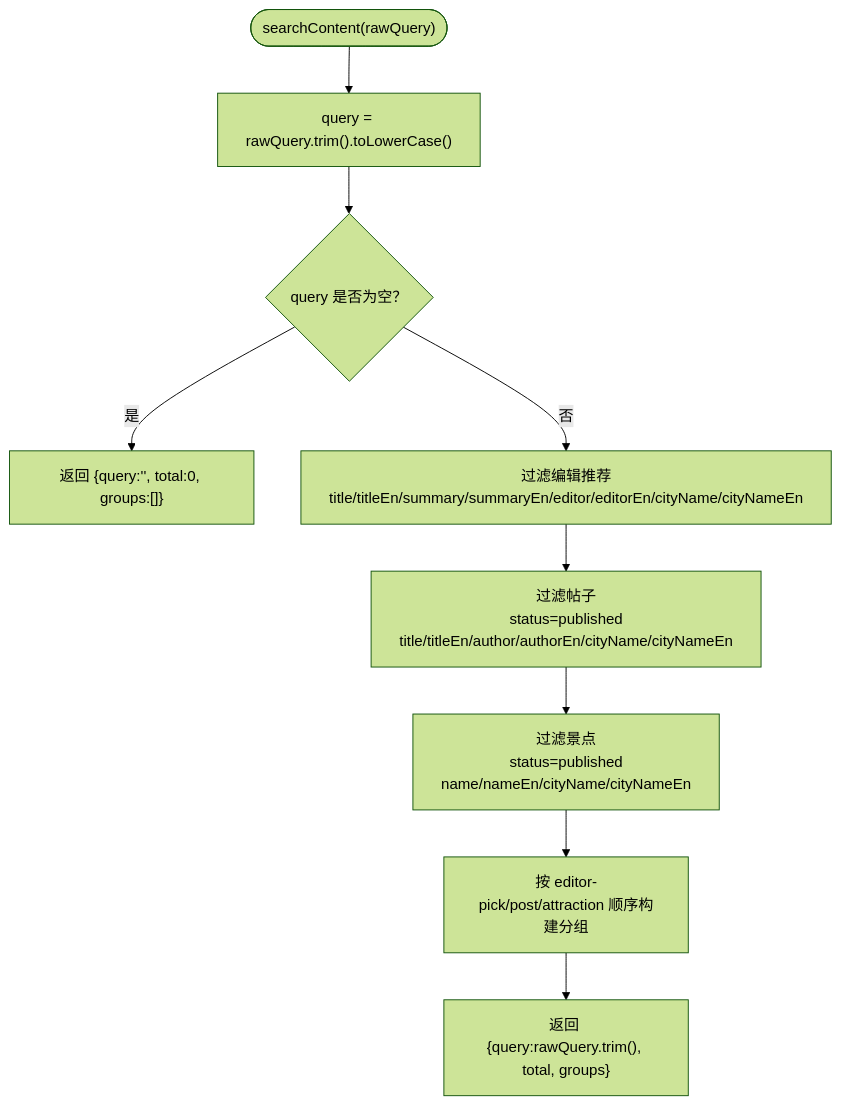
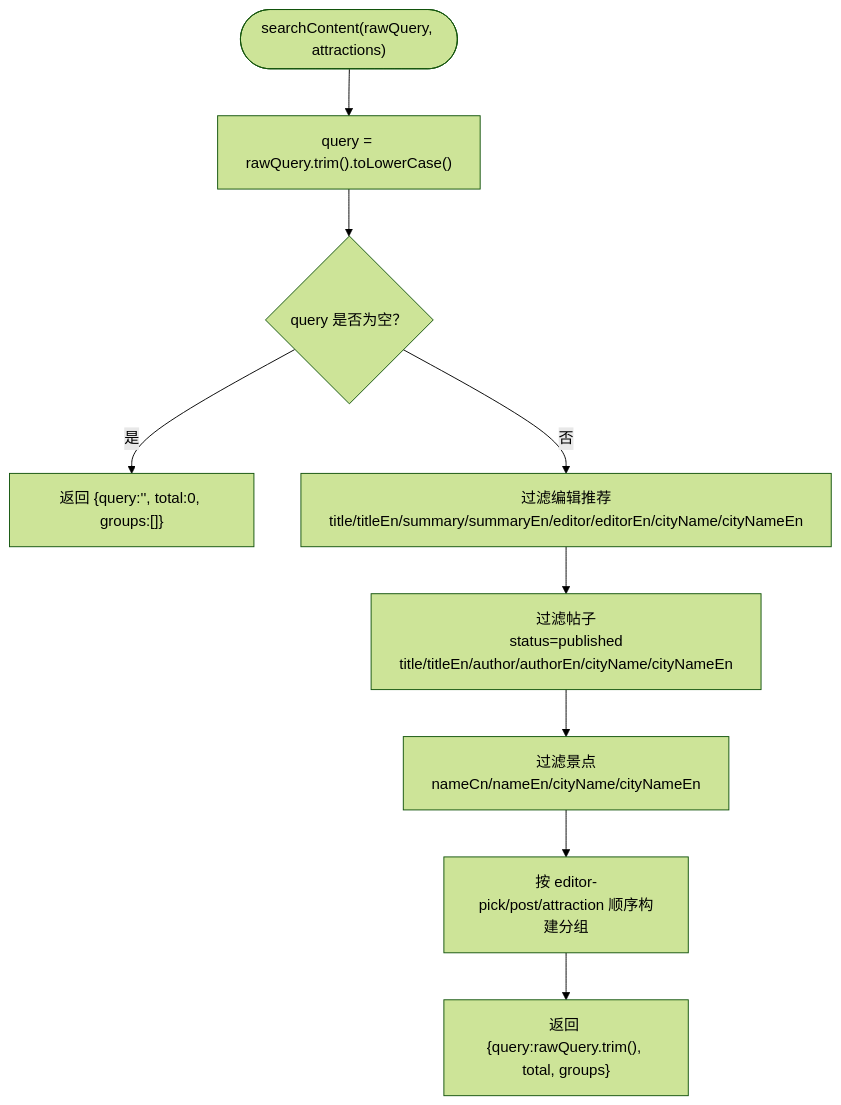
One commit to luyitiger6/my-first-project changed the fourth of 8 diagrams in .qoder/repowiki/zh/content/规格驱动开发/WanderChain 首页规格文档/WanderChain 搜索页面规格.md. Above: the diagram before and after it, drawn with Mermaid (forest theme). The commit also changed other lines of this file and 36 other files, not shown here.

````diff
--- a/.qoder/repowiki/zh/content/规格驱动开发/WanderChain 首页规格文档/WanderChain 搜索页面规格.md
+++ b/.qoder/repowiki/zh/content/规格驱动开发/WanderChain 首页规格文档/WanderChain 搜索页面规格.md
@@ -195,11 +208,11 @@
 ```mermaid
 flowchart TD
-Entry(["searchContent(rawQuery)"]) --> Normalize["query = rawQuery.trim().toLowerCase()"]
+Entry(["searchContent(rawQuery, attractions)"]) --> Normalize["query = rawQuery.trim().toLowerCase()"]
 Normalize --> EmptyCheck{"query 是否为空？"}
 EmptyCheck --> |是| ReturnEmpty["返回 {query:'', total:0, groups:[]}"]
 EmptyCheck --> |否| FilterEditor["过滤编辑推荐<br/>title/titleEn/summary/summaryEn/editor/editorEn/cityName/cityNameEn"]
 FilterEditor --> FilterPost["过滤帖子<br/>status=published<br/>title/titleEn/author/authorEn/cityName/cityNameEn"]
-FilterPost --> FilterAttraction["过滤景点<br/>status=published<br/>name/nameEn/cityName/cityNameEn"]
+FilterPost --> FilterAttraction["过滤景点<br/>nameCn/nameEn/cityName/cityNameEn"]
 FilterAttraction --> BuildGroups["按 editor-pick/post/attraction 顺序构建分组"]
 BuildGroups --> ReturnOutcome["返回 {query:rawQuery.trim(), total, groups}"]
 ```
````
